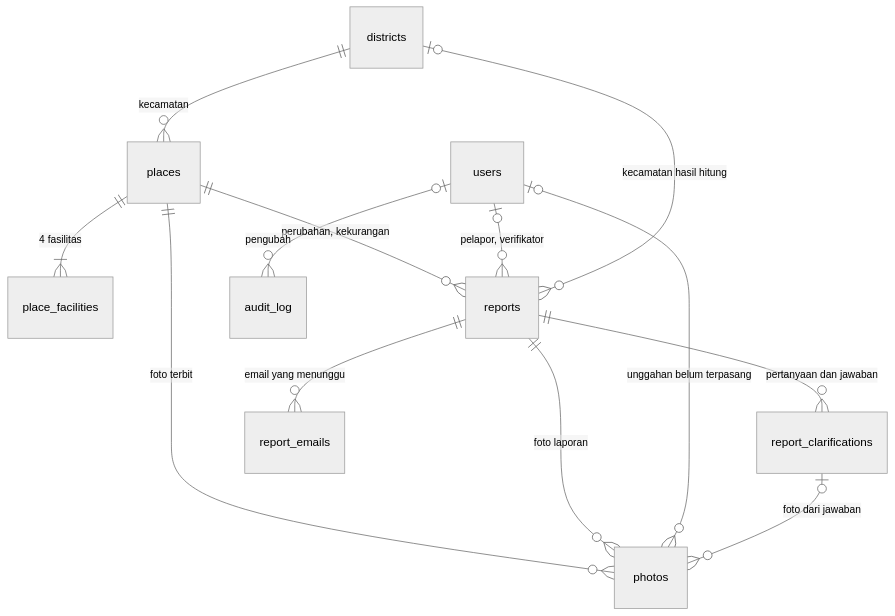
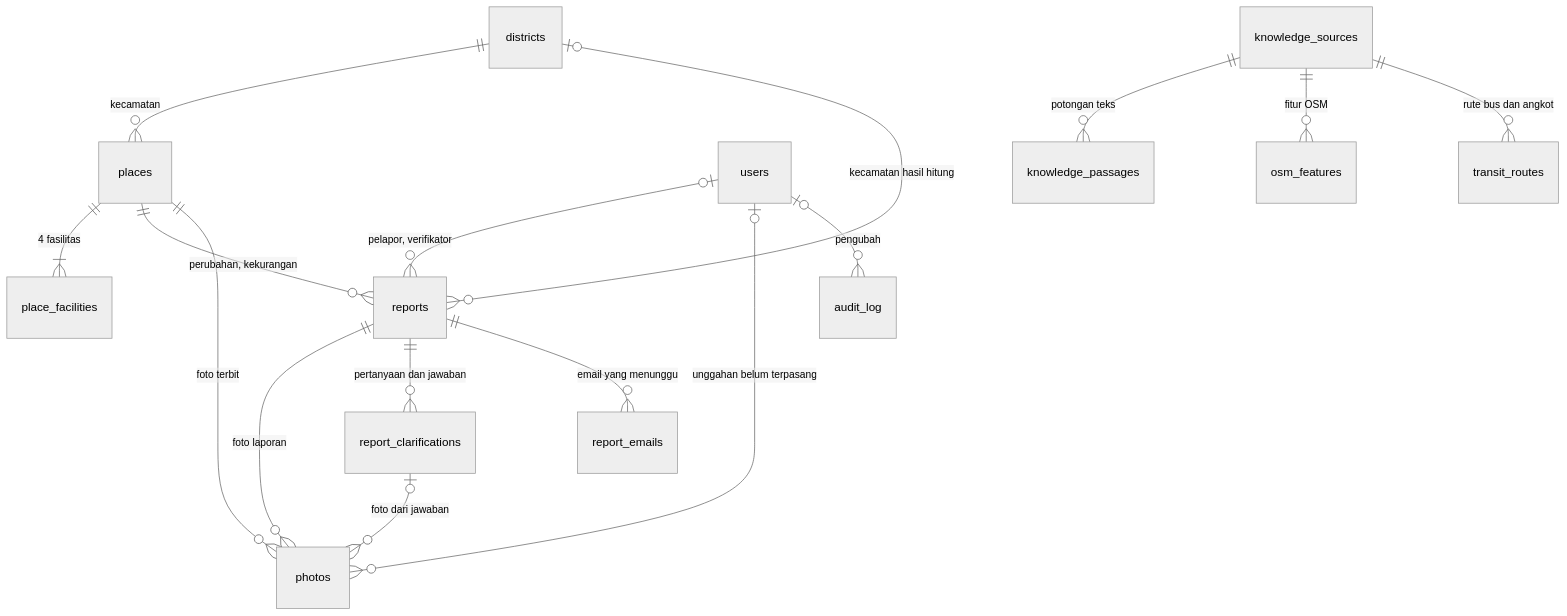
Before and after one commit to al-dioooo/akses-bogor-api: the third of 3 diagrams in docs/arsitektur.md, drawn with Mermaid (neutral theme). The commit also changed other lines of this file and 10 other files, not shown here.

````diff
--- a/docs/arsitektur.md
+++ b/docs/arsitektur.md
@@ -39,15 +39,18 @@
 ```mermaid
 erDiagram
   districts ||--o{ places : "kecamatan"
   places ||--|{ place_facilities : "4 fasilitas"
   places ||--o{ reports : "perubahan, kekurangan"
   places ||--o{ photos : "foto terbit"
   reports ||--o{ photos : "foto laporan"
   users |o--o{ reports : "pelapor, verifikator"
   users |o--o{ photos : "unggahan belum terpasang"
   districts |o--o{ reports : "kecamatan hasil hitung"
   users |o--o{ audit_log : "pengubah"
   reports ||--o{ report_clarifications : "pertanyaan dan jawaban"
   report_clarifications |o--o{ photos : "foto dari jawaban"
   reports ||--o{ report_emails : "email yang menunggu"
+  knowledge_sources ||--o{ knowledge_passages : "potongan teks"
+  knowledge_sources ||--o{ osm_features : "fitur OSM"
+  knowledge_sources ||--o{ transit_routes : "rute bus dan angkot"
 ```
````
